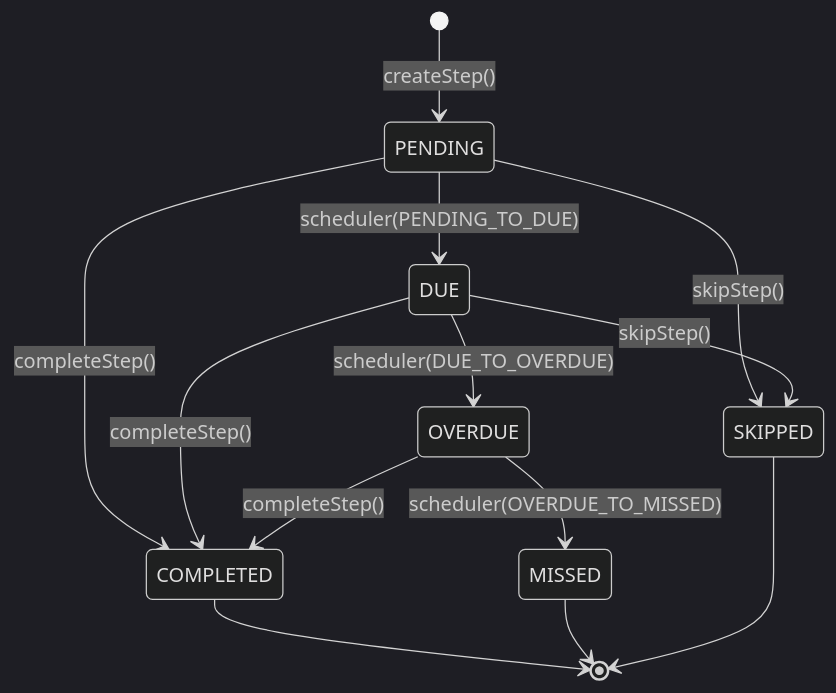
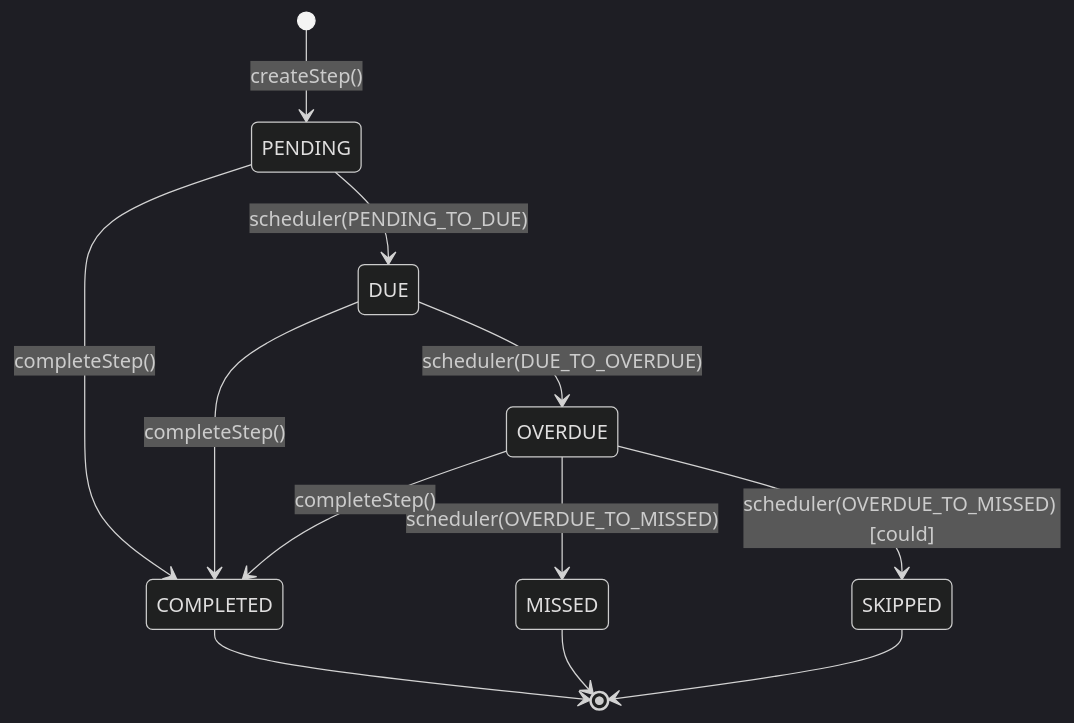
One commit to Jayaprakash8887/cce-compliance-service changed the fourth of 4 diagrams in docs/architecture-overview.md. Above: the diagram before and after it, drawn with Mermaid (dark theme). The commit also changed other lines of this file and 11 other files, not shown here.

````diff
--- a/docs/architecture-overview.md
+++ b/docs/architecture-overview.md
@@ -326,15 +326,14 @@
 ```mermaid
 stateDiagram-v2
     [*] --> PENDING : createStep()
     PENDING --> DUE : scheduler(PENDING_TO_DUE)
     DUE --> OVERDUE : scheduler(DUE_TO_OVERDUE)
     OVERDUE --> MISSED : scheduler(OVERDUE_TO_MISSED)
     PENDING --> COMPLETED : completeStep()
     DUE --> COMPLETED : completeStep()
     OVERDUE --> COMPLETED : completeStep()
-    PENDING --> SKIPPED : skipStep()
-    DUE --> SKIPPED : skipStep()
+    OVERDUE --> SKIPPED : scheduler(OVERDUE_TO_MISSED) [could]
     COMPLETED --> [*]
     MISSED --> [*]
     SKIPPED --> [*]
 ```
````
